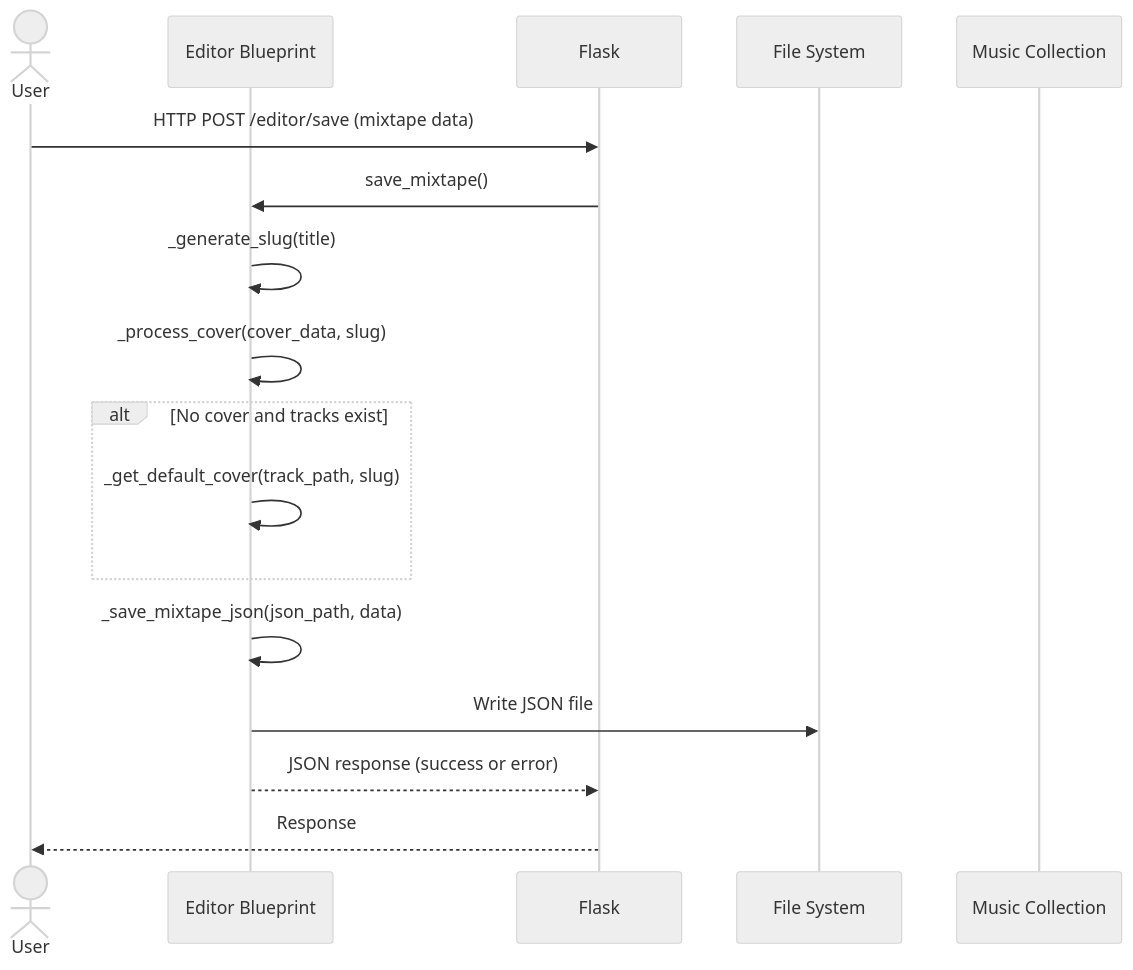
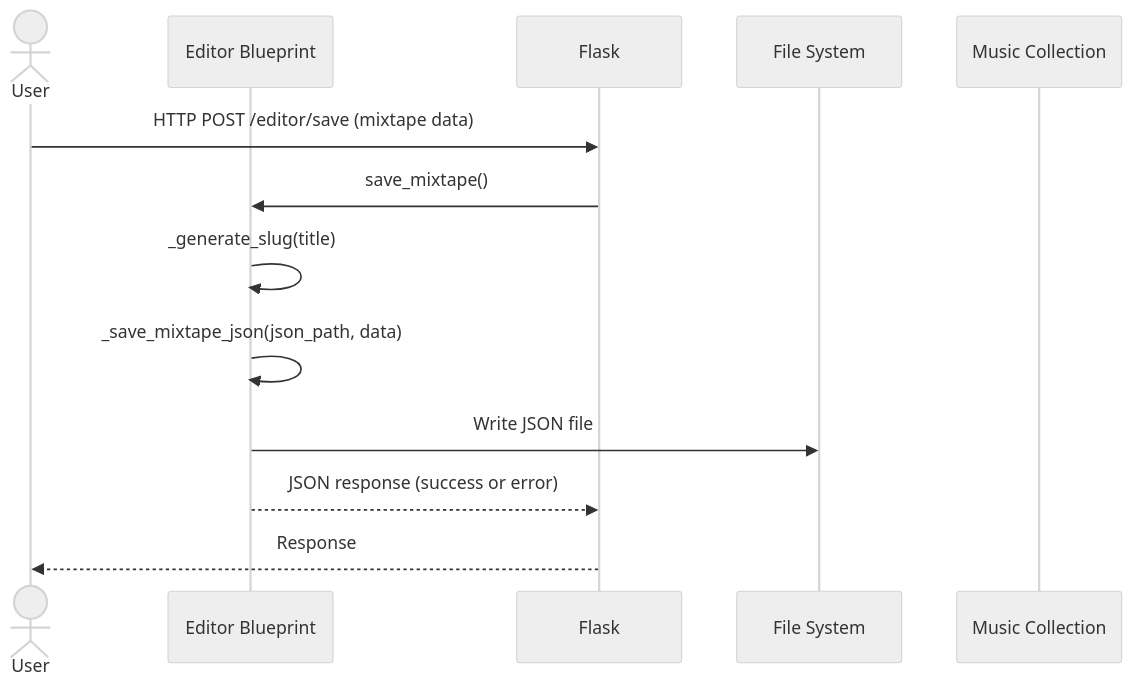
The second of 3 diagrams in docs/development/routes/editor.md (mark-me/mixtape-society), drawn with Mermaid (neutral theme) before and after one commit. The commit also changed other lines of this file, not shown here.

Commit message:
Small updates to documentation

````diff
--- a/docs/development/routes/editor.md
+++ b/docs/development/routes/editor.md
@@ -28,19 +28,15 @@
 ```mermaid
 sequenceDiagram
     actor User
     participant EditorBlueprint as Editor Blueprint
     participant Flask as Flask
     participant FileSystem as File System
     participant MusicCollection as Music Collection
     User->>Flask: HTTP POST /editor/save (mixtape data)
     Flask->>EditorBlueprint: save_mixtape()
     EditorBlueprint->>EditorBlueprint: _generate_slug(title)
-    EditorBlueprint->>EditorBlueprint: _process_cover(cover_data, slug)
-    alt No cover and tracks exist
-        EditorBlueprint->>EditorBlueprint: _get_default_cover(track_path, slug)
-    end
     EditorBlueprint->>EditorBlueprint: _save_mixtape_json(json_path, data)
     EditorBlueprint->>FileSystem: Write JSON file
     EditorBlueprint-->>Flask: JSON response (success or error)
     Flask-->>User: Response
 ```
````
